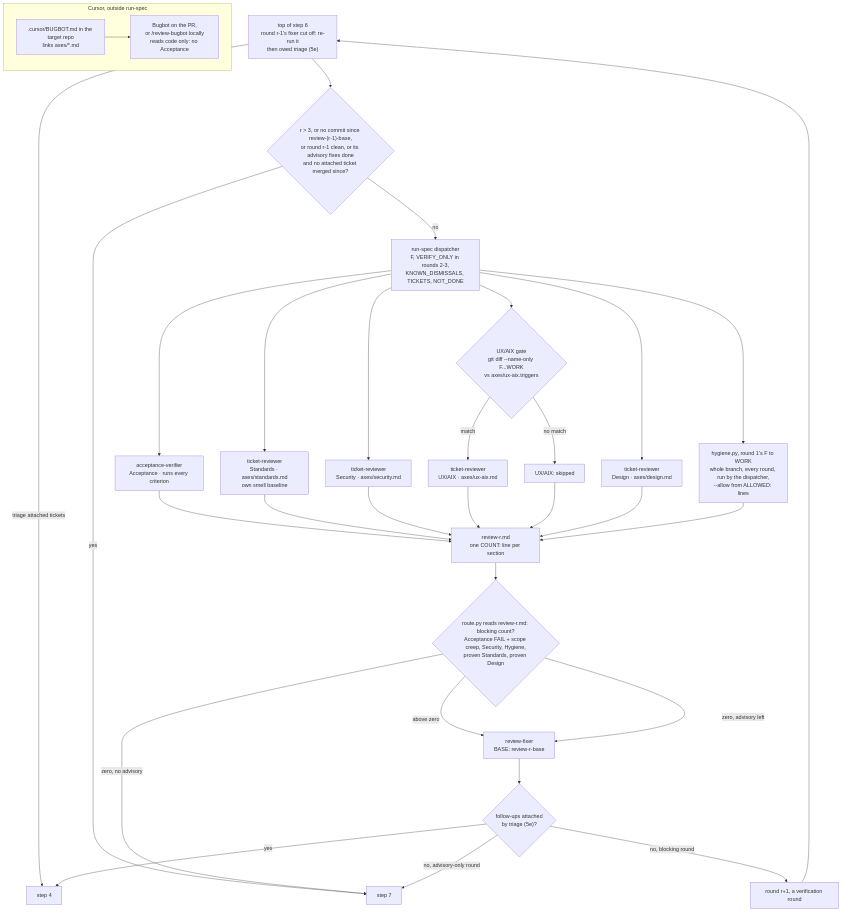
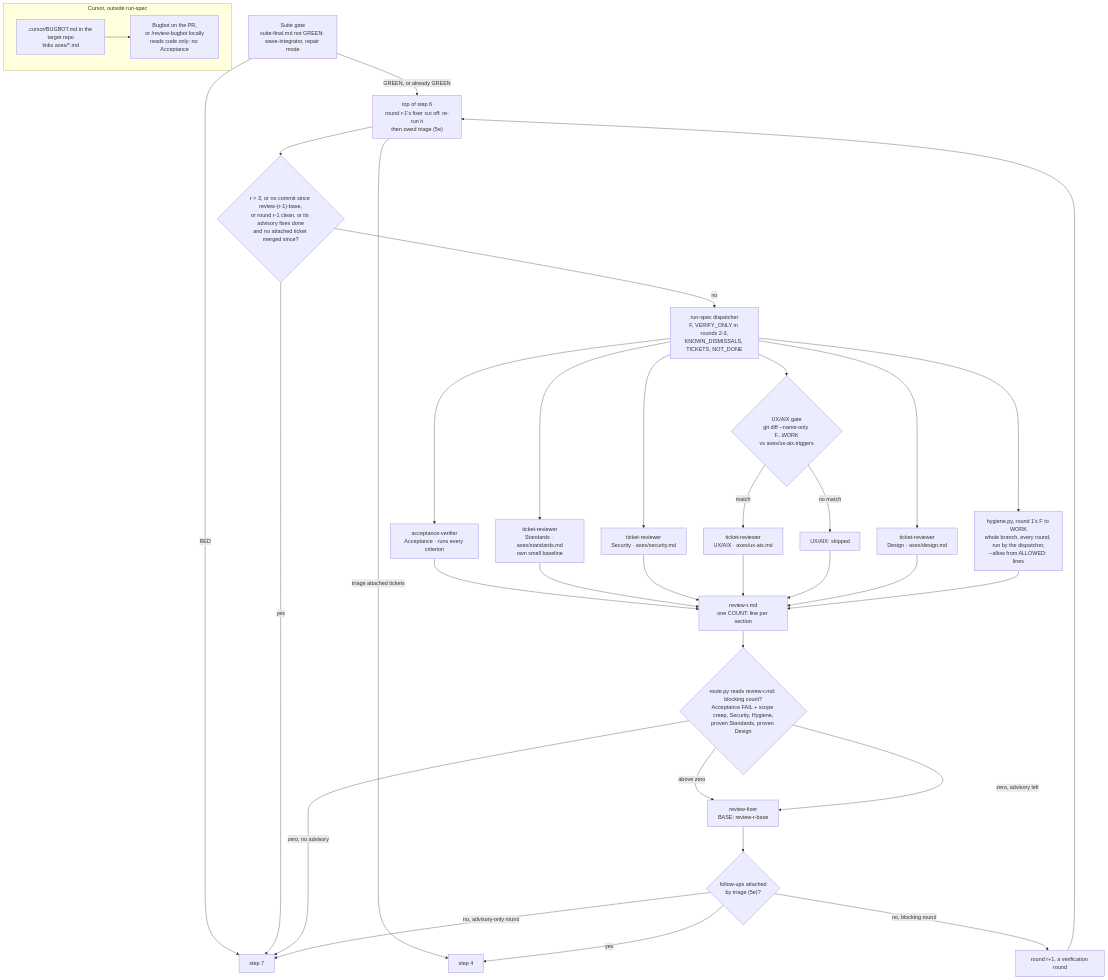
The second of 2 diagrams in ai/skills/run-spec/README.md (rodrigorjsf/ai-study-library), drawn with Mermaid before and after one commit. The commit also changed other lines of this file and 1 other file, not shown here.

First line of the commit message:
feat(run-spec): Suite gate opens the final review

````diff
--- a/ai/skills/run-spec/README.md
+++ b/ai/skills/run-spec/README.md
@@ -50,27 +59,29 @@
 ```mermaid
 flowchart TB
+    GATE["Suite gate<br/>suite-final.md not GREEN: wave-integrator, repair mode"] -- RED --> S7["step 7"]
+    GATE -- "GREEN, or already GREEN" --> TOP
     TOP["top of step 6<br/>round r-1's fixer cut off: re-run it<br/>then owed triage (5e)"] -- "triage attached tickets" --> S4["step 4"]
     TOP --> SQ{"r > 3, or no commit since review-(r-1)-base,<br/>or round r-1 clean, or its advisory fixes done<br/>and no attached ticket merged since?"}
     SQ -- yes --> S7["step 7"]
     SQ -- no --> D["run-spec dispatcher<br/>F, VERIFY_ONLY in rounds 2-3,<br/>KNOWN_DISMISSALS, TICKETS, NOT_DONE"]
     D --> ACC["acceptance-verifier<br/>Acceptance · runs every criterion"]
     D --> STD["ticket-reviewer<br/>Standards · axes/standards.md<br/>own smell baseline"]
     D --> SEC["ticket-reviewer<br/>Security · axes/security.md"]
     D --> G{"UX/AIX gate<br/>git diff --name-only F...WORK<br/>vs axes/ux-aix.triggers"}
     G -- match --> UX["ticket-reviewer<br/>UX/AIX · axes/ux-aix.md"]
     G -- no match --> SKIP["UX/AIX: skipped"]
     D --> DES["ticket-reviewer<br/>Design · axes/design.md"]
     D --> HY["hygiene.py, round 1's F to WORK<br/>whole branch, every round, run by the dispatcher,<br/>--allow from ALLOWED: lines"]
     ACC & STD & SEC & UX & SKIP & DES & HY --> R["review-r.md<br/>one COUNT: line per section"]
     R --> RT{"route.py reads review-r.md: blocking count?<br/>Acceptance FAIL + scope creep, Security, Hygiene,<br/>proven Standards, proven Design"}
     RT -- "zero, no advisory" --> S7
     RT -- "above zero" --> FX["review-fixer<br/>BASE: review-r-base"]
     RT -- "zero, advisory left" --> FX
     FX --> TR{"follow-ups attached<br/>by triage (5e)?"}
     TR -- yes --> S4
     TR -- "no, blocking round" --> NEXT["round r+1, a verification round"] --> TOP
     TR -- "no, advisory-only round" --> S7
     subgraph CURSOR ["Cursor, outside run-spec"]
         BB[".cursor/BUGBOT.md in the target repo<br/>links axes/*.md"] --> BOT["Bugbot on the PR,<br/>or /review-bugbot locally<br/>reads code only: no Acceptance"]
     end
 ```
````
